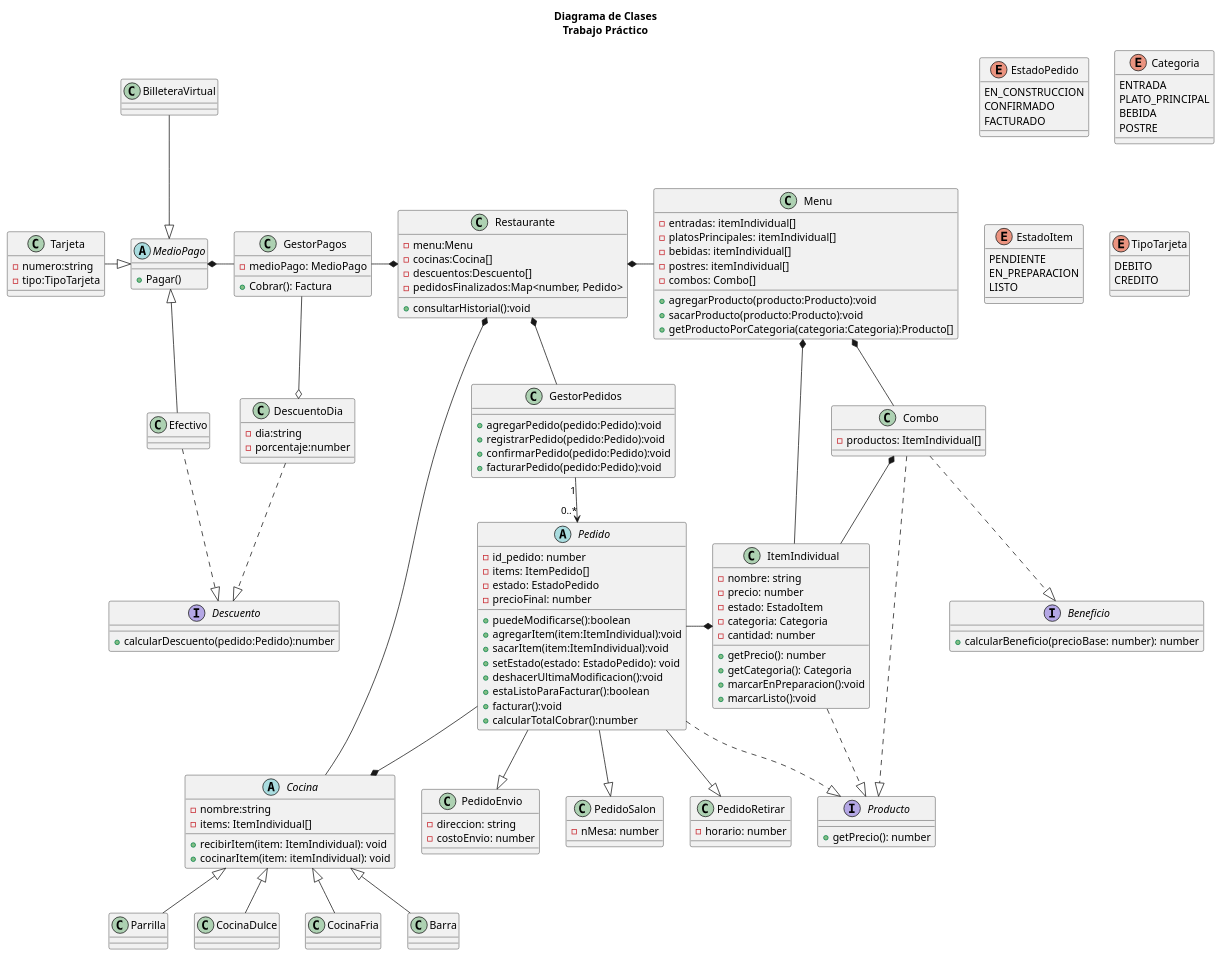
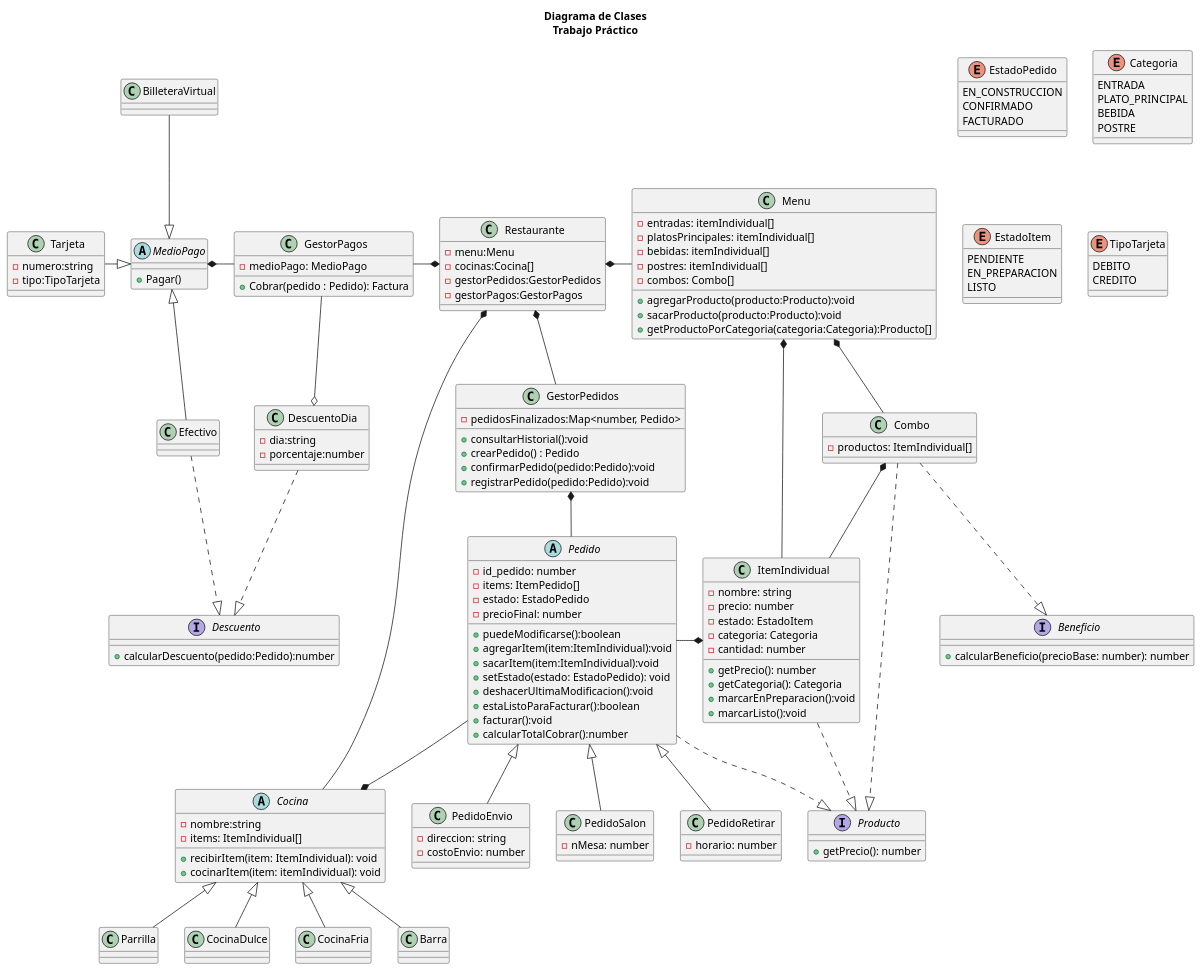
The diagram in diagrama/diagrama.puml (crstian8819/tp-grupo-11), drawn with PlantUML before and after one commit.

Commit message:
cambios basicos

```diff
--- a/diagrama/diagrama.puml
+++ b/diagrama/diagrama.puml
@@ -28,10 +28,8 @@
     class Restaurante{
         -menu:Menu
         -cocinas:Cocina[]
-        -descuentos:Descuento[]
-        -pedidosFinalizados:Map<number, Pedido>
-
-        +consultarHistorial():void
+        -gestorPedidos:GestorPedidos
+        -gestorPagos:GestorPagos
     }
 
     '------------------ PEDIDOS -------------------------
@@ -128,7 +126,7 @@
     class GestorPagos {
         -medioPago: MedioPago
 
-        +Cobrar(): Factura
+        +Cobrar(pedido : Pedido): Factura
     }
 
     '------------------- MedioPago ------------------------
@@ -159,10 +157,12 @@
     '-------------------- Gestor de Pedidos ------------------------
 
     class GestorPedidos{
-        +agregarPedido(pedido:Pedido):void
+        -pedidosFinalizados:Map<number, Pedido>
+
+        +consultarHistorial():void
+        +crearPedido() : Pedido
+        +confirmarPedido(pedido:Pedido):void
         +registrarPedido(pedido:Pedido):void
-        +confirmarPedido(pedido:Pedido):void
-        +facturarPedido(pedido:Pedido):void
     }
 
     '-------------------- RELACIONES ------------------------
@@ -178,9 +178,9 @@
 
 'PEDIDOS
 
-    Pedido -d-|> PedidoSalon
-    Pedido -d-|> PedidoRetirar
-    Pedido -d-|> PedidoEnvio
+    Pedido <|-d- PedidoSalon
+    Pedido <|-d- PedidoRetirar
+    Pedido <|-d- PedidoEnvio
     Pedido -r-* ItemIndividual
     Pedido --* Cocina
     Pedido ..|> Producto
@@ -220,7 +220,7 @@
 'GESTOR DE PEDIDOS
 
     'HistorialPedido o-- Pedido
-    GestorPedidos "1" -d-> "0..*" Pedido
+    GestorPedidos *-- Pedido
     'Un pedido contiene exactamente Un registro en historial de Pedidos
     'HistorialPedido puede contener 0 o muchos pedidos.
 
```
